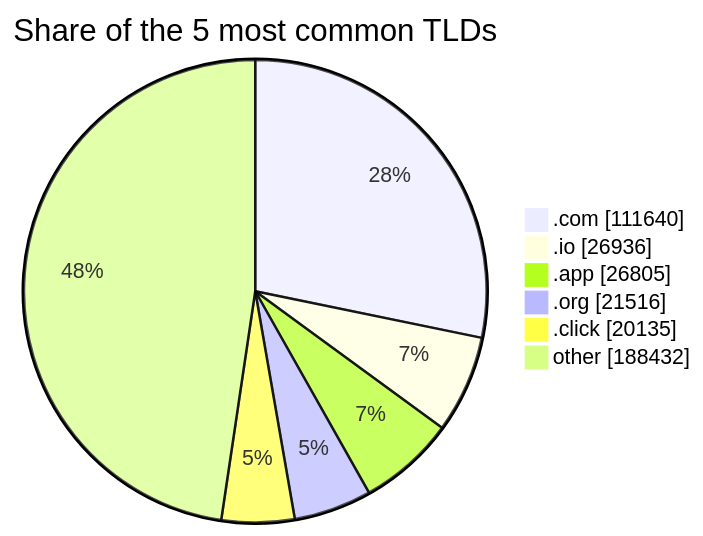
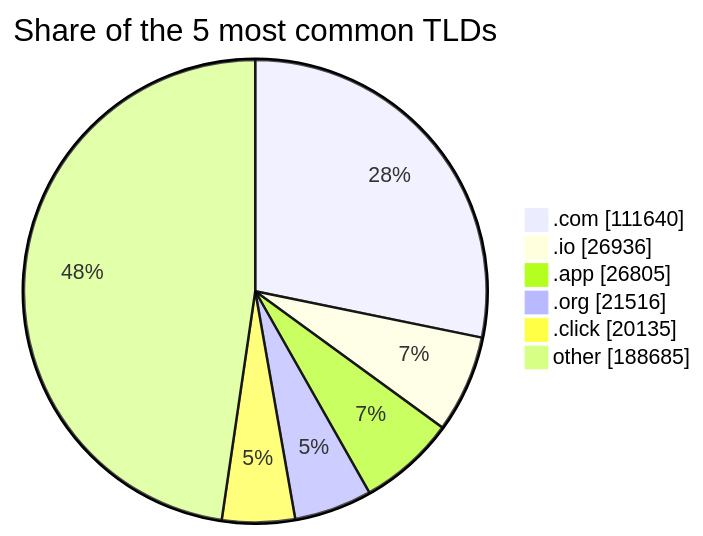
One commit to DNSBunker/CTI changed the third of 3 diagrams in README.md. Above: the diagram before and after it, drawn with Mermaid. The commit also changed other lines of this file and 3 other files, not shown here.

````diff
--- a/README.md
+++ b/README.md
@@ -81,9 +81,9 @@
 ```mermaid
 pie showData title Share of the 5 most common TLDs
     ".com" : 111640
     ".io" : 26936
     ".app" : 26805
     ".org" : 21516
     ".click" : 20135
-    "other" : 188432
+    "other" : 188685
 ```
````
